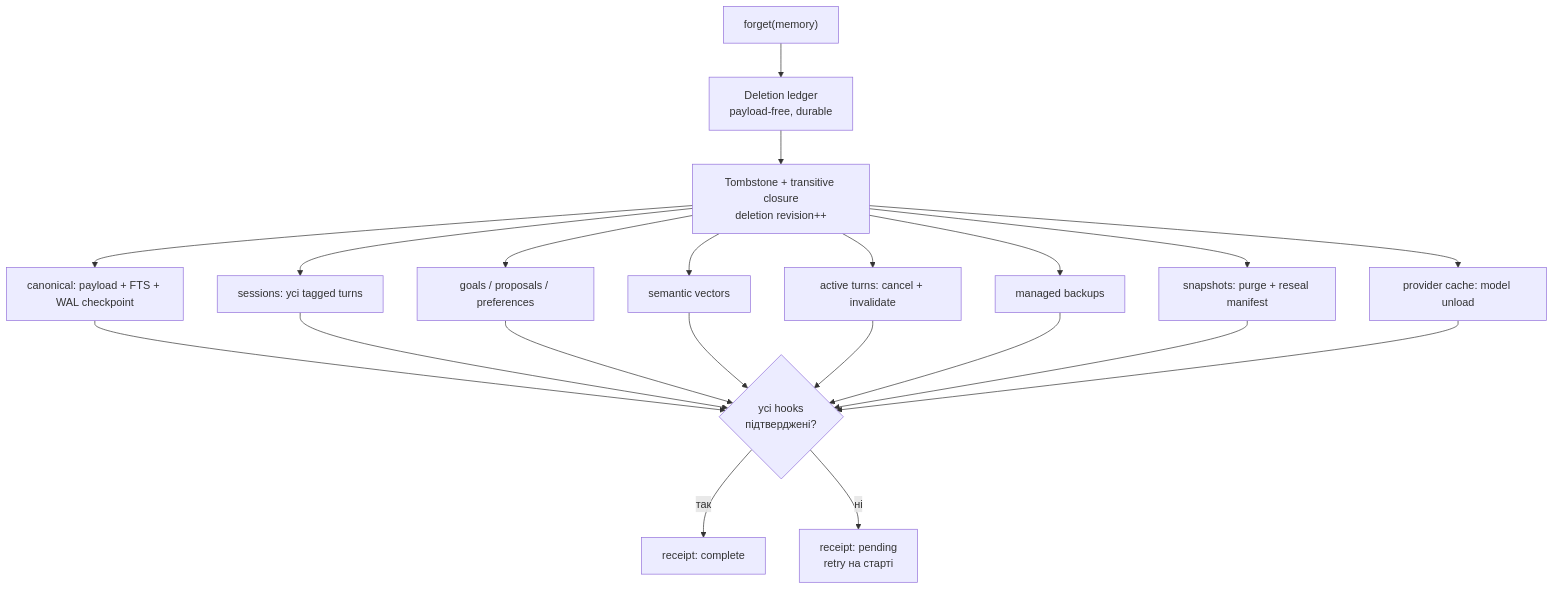
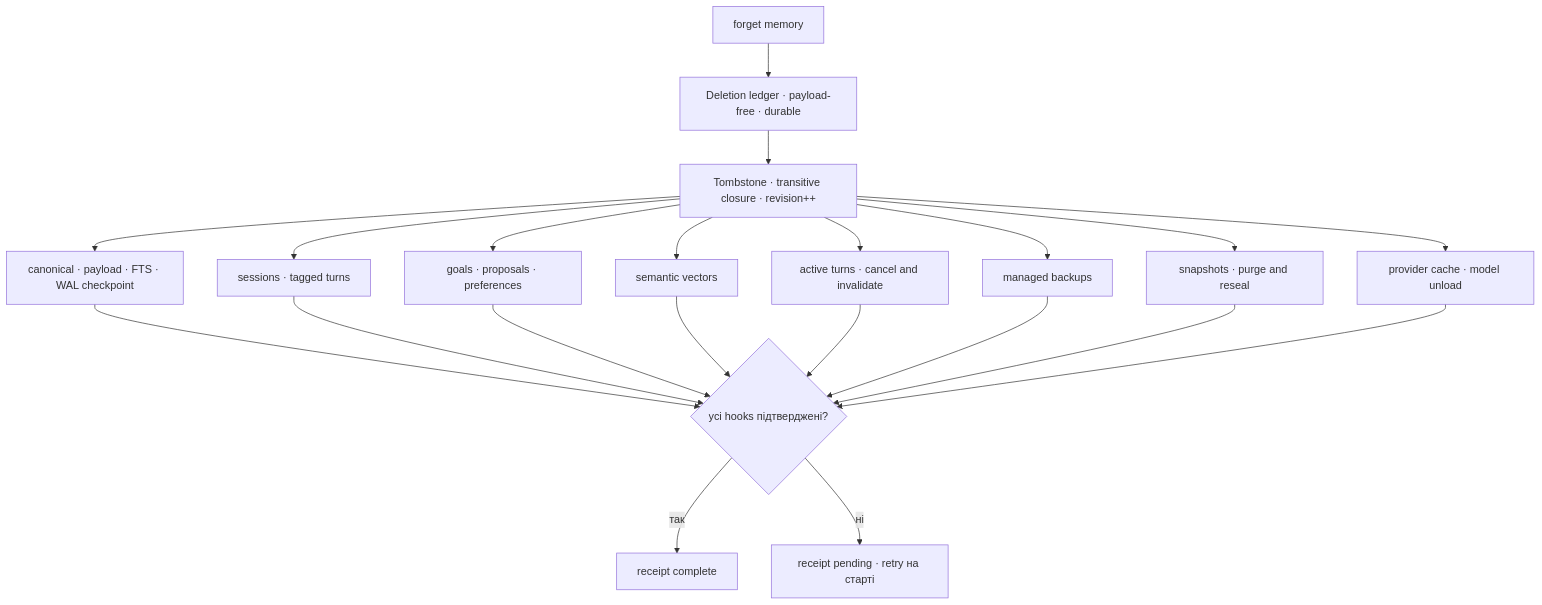
The third of 3 diagrams in README.md (cyberdid/B-12), drawn with Mermaid before and after one commit. The commit also changed other lines of this file, not shown here.

First line of the commit message:
docs: simplify README flowcharts for GitHub's Mermaid renderer

````diff
--- a/README.md
+++ b/README.md
@@ -94,16 +96,23 @@
 ```mermaid
 flowchart TD
-    F["forget(memory)"] --> L["Deletion ledger<br/>payload-free, durable"]
-    L --> T["Tombstone + transitive closure<br/>deletion revision++"]
-    T --> C1["canonical: payload + FTS + WAL checkpoint"]
-    T --> C2["sessions: усі tagged turns"]
-    T --> C3["goals / proposals / preferences"]
-    T --> C4["semantic vectors"]
-    T --> C5["active turns: cancel + invalidate"]
-    T --> C6["managed backups"]
-    T --> C7["snapshots: purge + reseal manifest"]
-    T --> C8["provider cache: model unload"]
-    C1 & C2 & C3 & C4 & C5 & C6 & C7 & C8 --> R{"усі hooks<br/>підтверджені?"}
-    R -- так --> OK["receipt: complete"]
-    R -- ні --> P["receipt: pending<br/>retry на старті"]
+    F[forget memory] --> L[Deletion ledger · payload-free · durable]
+    L --> T[Tombstone · transitive closure · revision++]
+    T --> C1[canonical · payload · FTS · WAL checkpoint]
+    T --> C2[sessions · tagged turns]
+    T --> C3[goals · proposals · preferences]
+    T --> C4[semantic vectors]
+    T --> C5[active turns · cancel and invalidate]
+    T --> C6[managed backups]
+    T --> C7[snapshots · purge and reseal]
+    T --> C8[provider cache · model unload]
+    C1 --> R{усі hooks підтверджені?}
+    C2 --> R
+    C3 --> R
+    C4 --> R
+    C5 --> R
+    C6 --> R
+    C7 --> R
+    C8 --> R
+    R -->|так| OK[receipt complete]
+    R -->|ні| P[receipt pending · retry на старті]
 ```
````
